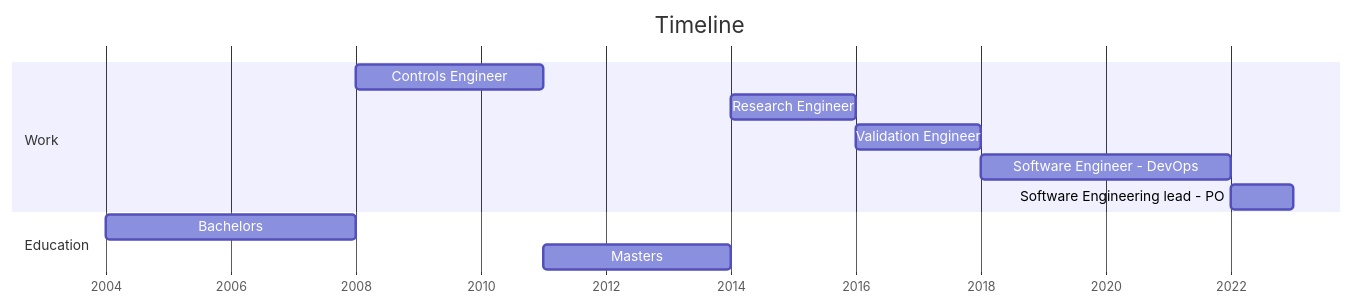
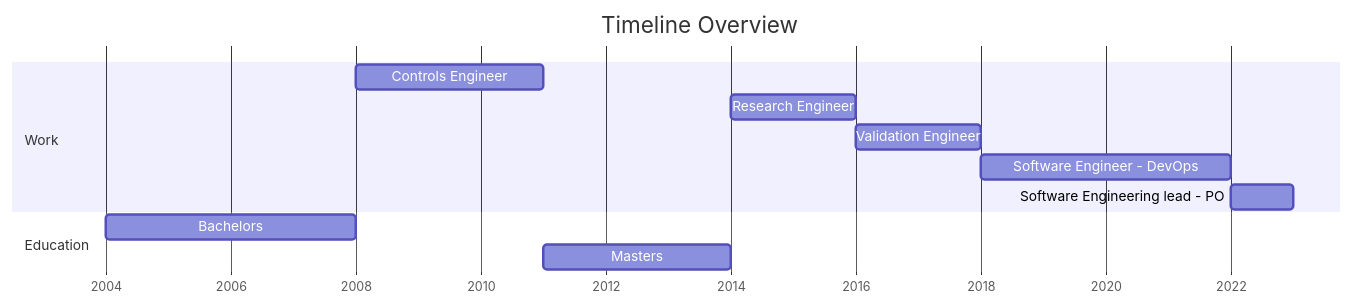
One commit to kar-ven/kar-ven.github.io changed the diagram in README.md. Above: the diagram before and after it, drawn with Mermaid. The commit also changed other lines of this file and 1 other file, not shown here.

```diff
--- a/README.md
+++ b/README.md
@@ -3,15 +1,15 @@
 <pre class="mermaid">
 gantt
-    title Timeline
+    title Timeline Overview
     dateFormat YYYY
     axisFormat %Y
     section Work
     Controls Engineer                  :2008, 2011
     Research Engineer                  :2014, 2016
     Validation Engineer                :2016, 2018
     Software Engineer - DevOps         :2018, 2022
     Software Engineering lead - PO     :2022, 2023
     Section Education
     Bachelors                          :2004, 2008
     Masters                            :2011, 2014
 </pre>
```
